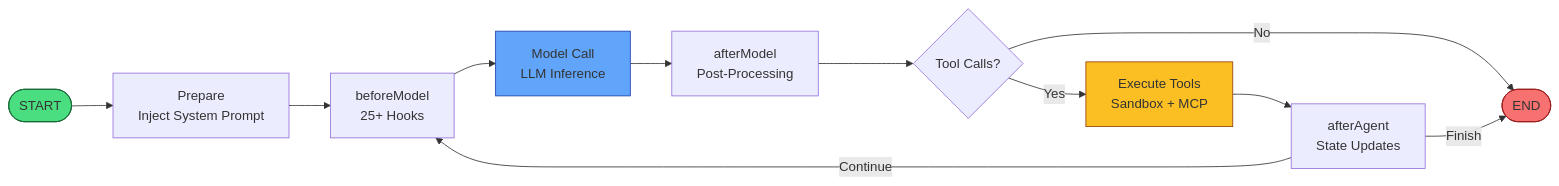
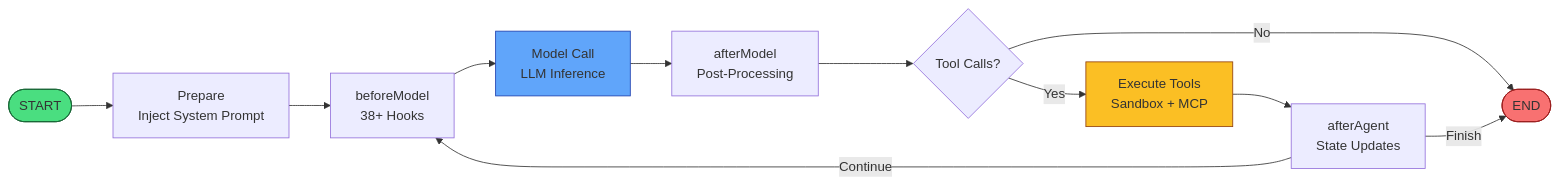
One commit to CreamyLong/quill changed the second of 4 diagrams in README.md. Above: the diagram before and after it, drawn with Mermaid. The commit also changed other lines of this file, not shown here.

````diff
--- a/README.md
+++ b/README.md
@@ -94,18 +222,18 @@
 ```mermaid
 flowchart LR
     START([START]) --> PREP[Prepare<br/>Inject System Prompt]
-    PREP --> BM[beforeModel<br/>25+ Hooks]
+    PREP --> BM[beforeModel<br/>38+ Hooks]
     BM --> MODEL[Model Call<br/>LLM Inference]
     MODEL --> AM[afterModel<br/>Post-Processing]
     AM --> TOOLS{Tool Calls?}
     TOOLS -->|Yes| EXEC[Execute Tools<br/>Sandbox + MCP]
     EXEC --> AA[afterAgent<br/>State Updates]
     AA -->|Continue| BM
     TOOLS -->|No| END([END])
     AA -->|Finish| END
 
     style START fill:#4ade80,stroke:#166534
     style END fill:#f87171,stroke:#991b1b
     style MODEL fill:#60a5fa,stroke:#1e40af
     style EXEC fill:#fbbf24,stroke:#92400e
 ```
````
